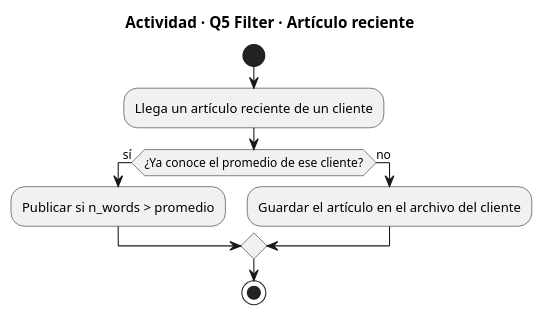
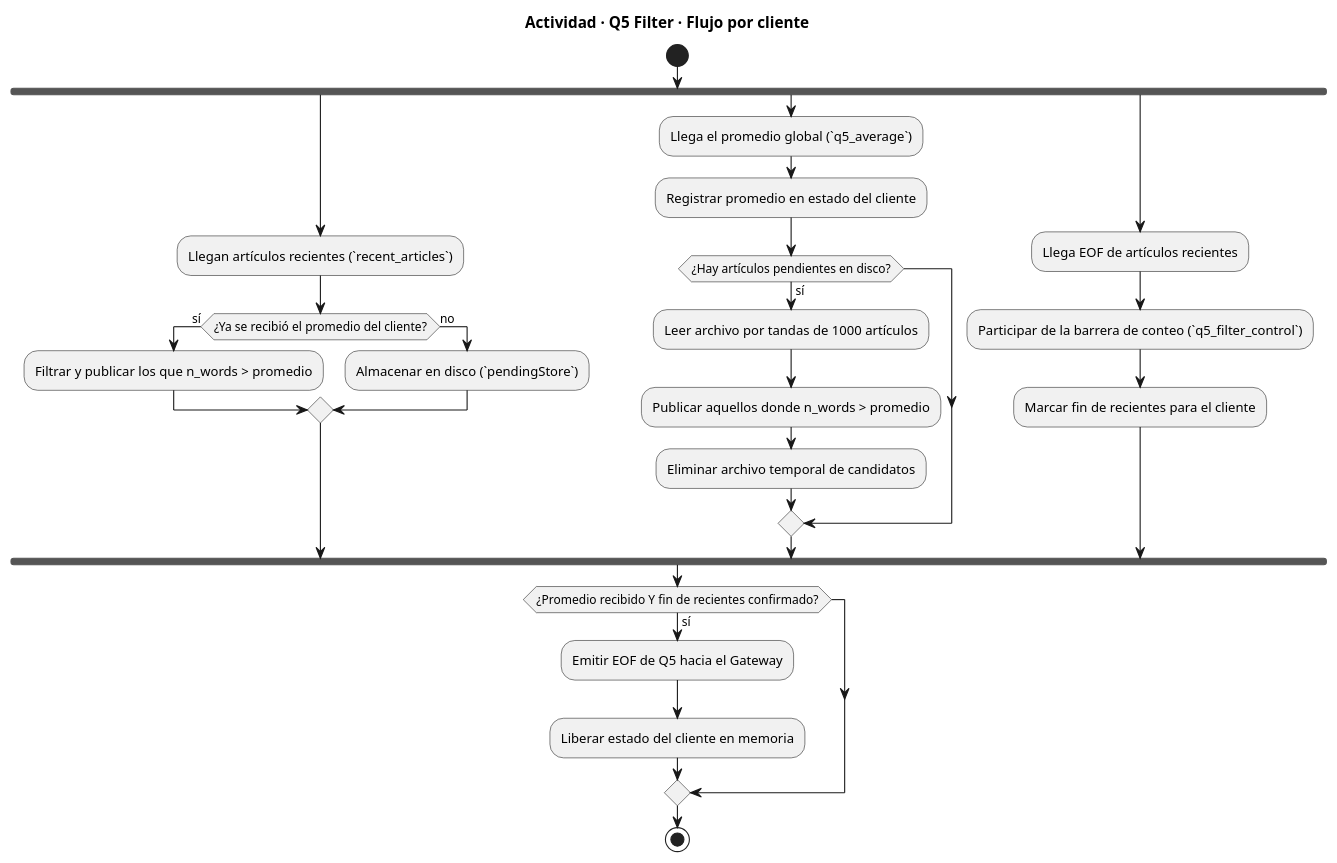
Before and after one commit to NicoPodesta/trabajo-final-distribuidos: the diagram in Diagramas/actividad/actividad q5-filter.puml, drawn with PlantUML. The commit also changed 9 other files, not shown here.

Commit message:
Docs: actualizo y compilo diagramas de actividad y secuencia

```diff
--- a/Diagramas/actividad/actividad q5-filter.puml
+++ b/Diagramas/actividad/actividad q5-filter.puml
@@ -1,16 +1,34 @@
 @startuml q5-filter
-title Actividad · Q5 Filter · Artículo reciente
+title Actividad · Q5 Filter · Flujo por cliente
 
 start
 
-:Llega un artículo reciente de un cliente;
+fork
+  :Llegan artículos recientes (`recent_articles`);
+  if (¿Ya se recibió el promedio del cliente?) then (sí)
+    :Filtrar y publicar los que n_words > promedio;
+  else (no)
+    :Almacenar en disco (`pendingStore`);
+  endif
+fork again
+  :Llega el promedio global (`q5_average`);
+  :Registrar promedio en estado del cliente;
+  if (¿Hay artículos pendientes en disco?) then (sí)
+    :Leer archivo por tandas de 1000 artículos;
+    :Publicar aquellos donde n_words > promedio;
+    :Eliminar archivo temporal de candidatos;
+  endif
+fork again
+  :Llega EOF de artículos recientes;
+  :Participar de la barrera de conteo (`q5_filter_control`);
+  :Marcar fin de recientes para el cliente;
+end fork
 
-if (¿Ya conoce el promedio de ese cliente?) then (sí)
-  :Publicar si n_words > promedio;
-else (no)
-  :Guardar el artículo en el archivo del cliente;
+if (¿Promedio recibido Y fin de recientes confirmado?) then (sí)
+  :Emitir EOF de Q5 hacia el Gateway;
+  :Liberar estado del cliente en memoria;
 endif
 
 stop
 
 @enduml
```
